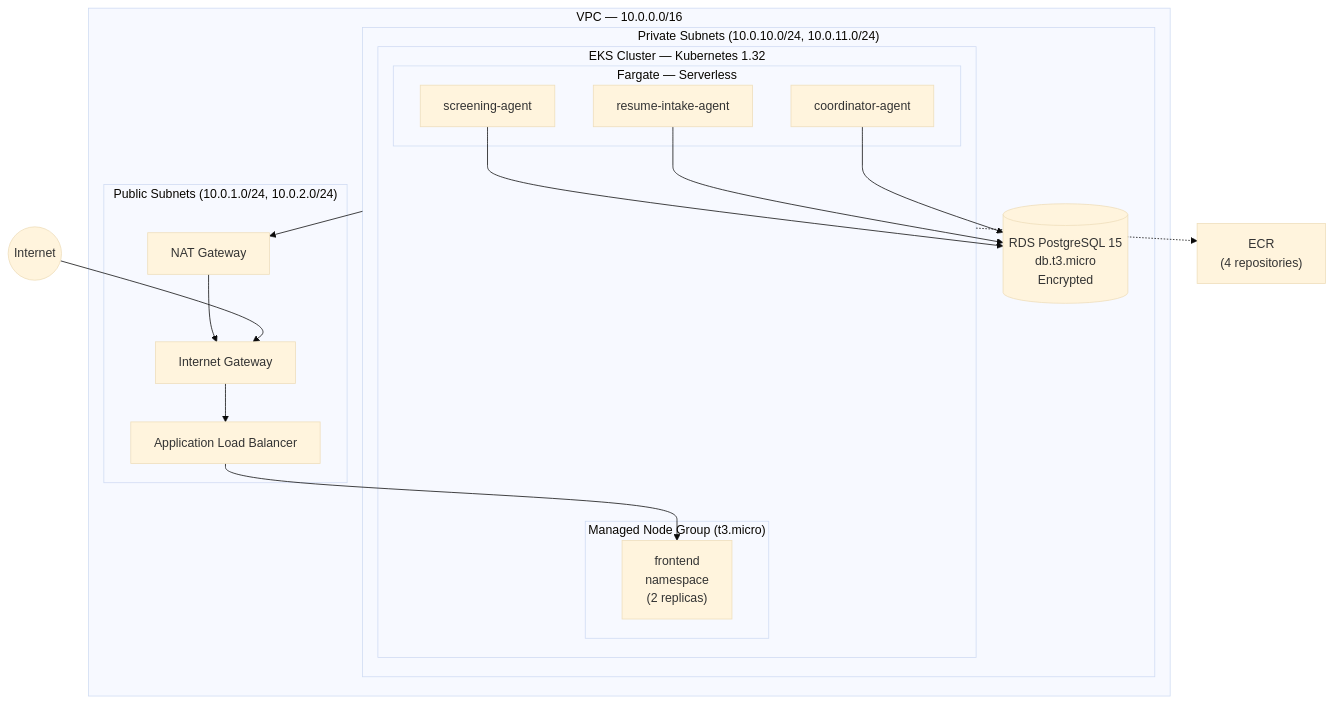
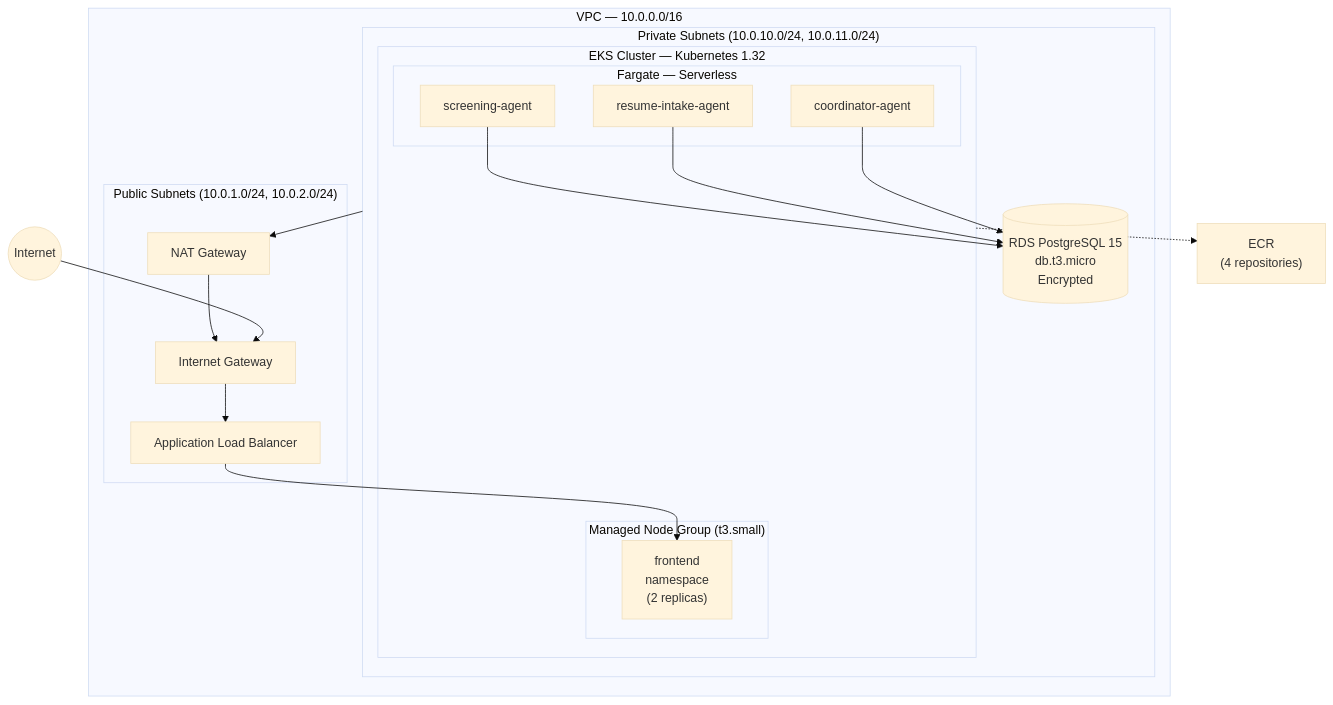
Before and after one commit to NUS-ISS-T20-GCAAS/agent-based-hiring-system: the first of 2 diagrams in infra/terraform/README.md, drawn with Mermaid (base theme). The commit also changed other lines of this file and 2 other files, not shown here.

Commit message:
Update EKS Node to t3.small

````diff
--- a/infra/terraform/README.md
+++ b/infra/terraform/README.md
@@ -37,35 +37,35 @@
 ```mermaid
 graph TB
     Internet((Internet))
 
     subgraph VPC["VPC — 10.0.0.0/16"]
         subgraph PubSub["Public Subnets (10.0.1.0/24, 10.0.2.0/24)"]
             IGW[Internet Gateway]
             ALB[Application Load Balancer]
             NAT[NAT Gateway]
         end
 
         subgraph PrivSub["Private Subnets (10.0.10.0/24, 10.0.11.0/24)"]
             subgraph EKS["EKS Cluster — Kubernetes 1.32"]
-                subgraph NodeGroup["Managed Node Group (t3.micro)"]
+                subgraph NodeGroup["Managed Node Group (t3.small)"]
                     FE["frontend<br/>namespace<br/>(2 replicas)"]
                 end
                 subgraph Fargate["Fargate — Serverless"]
                     COORD["coordinator-agent"]
                     RESUME["resume-intake-agent"]
                     SCREEN["screening-agent"]
                 end
             end
             RDS[("RDS PostgreSQL 15<br/>db.t3.micro<br/>Encrypted")]
         end
     end
 
     ECR["ECR<br/>(4 repositories)"]
 
     Internet --> IGW --> ALB --> FE
     COORD --> RDS
     RESUME --> RDS
     SCREEN --> RDS
     PrivSub --> NAT --> IGW
     EKS -.-> ECR
 ```
````
